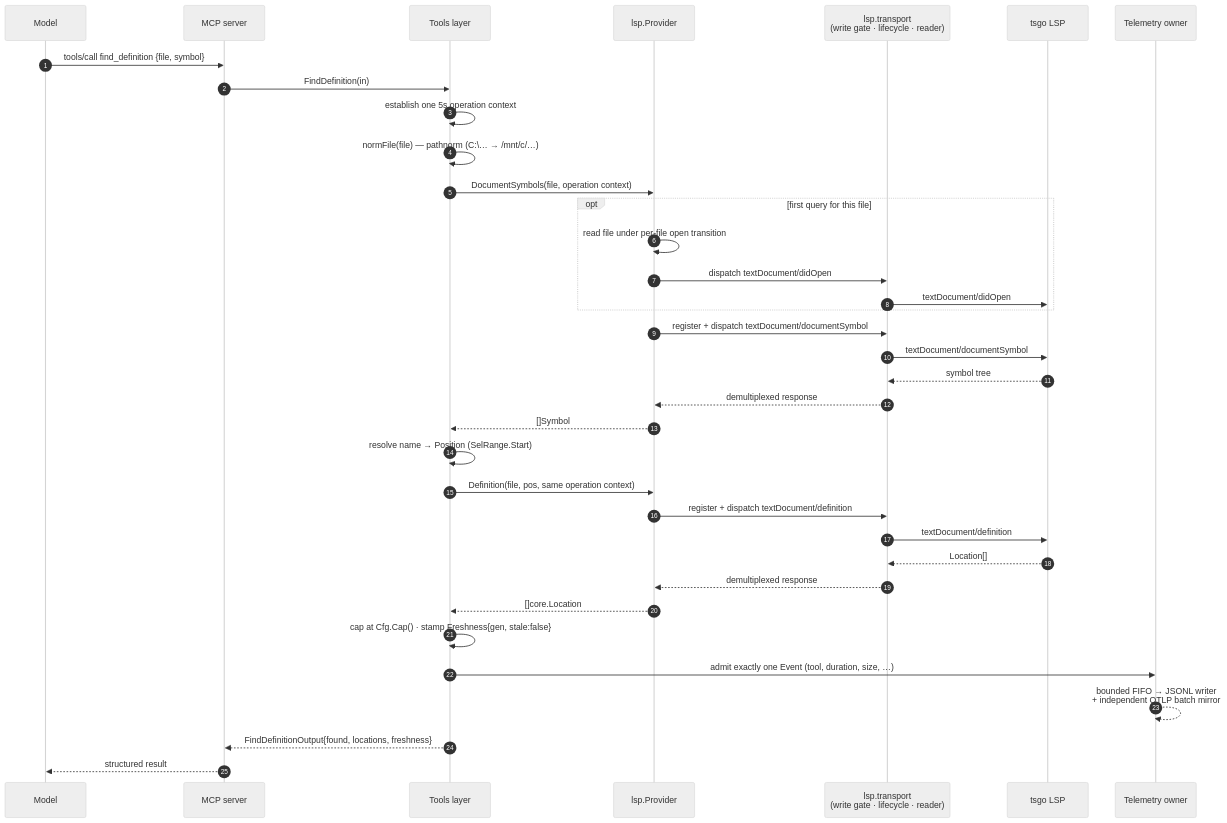
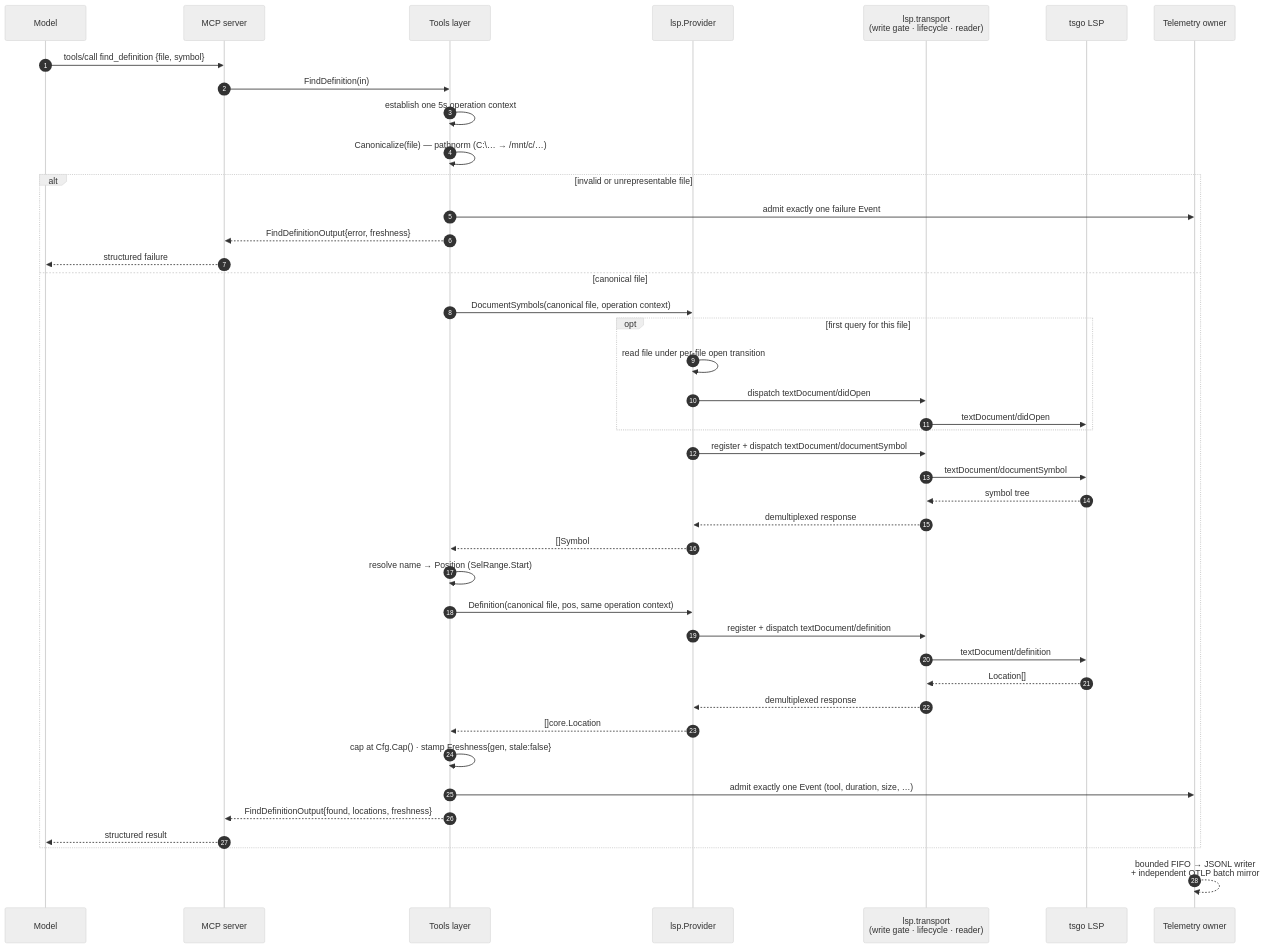
One commit to skflowne/portolan changed the second of 6 diagrams in ARCHITECTURE.md. Above: the diagram before and after it, drawn with Mermaid (neutral theme).

Commit message:
Document strict tool path validation flow

````diff
--- a/ARCHITECTURE.md
+++ b/ARCHITECTURE.md
@@ -96,39 +96,45 @@
 ```mermaid
 sequenceDiagram
     autonumber
     participant M as Model
     participant S as MCP server
     participant T as Tools layer
     participant P as lsp.Provider
     participant R as lsp.transport<br/>(write gate · lifecycle · reader)
     participant G as tsgo LSP
     participant L as Telemetry owner
 
     M->>S: tools/call find_definition {file, symbol}
     S->>T: FindDefinition(in)
     T->>T: establish one 5s operation context
-    T->>T: normFile(file) — pathnorm (C:\… → /mnt/c/…)
-    T->>P: DocumentSymbols(file, operation context)
-    opt first query for this file
-        P->>P: read file under per-file open transition
-        P->>R: dispatch textDocument/didOpen
-        R->>G: textDocument/didOpen
+    T->>T: Canonicalize(file) — pathnorm (C:\… → /mnt/c/…)
+    alt invalid or unrepresentable file
+        T->>L: admit exactly one failure Event
+        T-->>S: FindDefinitionOutput{error, freshness}
+        S-->>M: structured failure
+    else canonical file
+        T->>P: DocumentSymbols(canonical file, operation context)
+        opt first query for this file
+            P->>P: read file under per-file open transition
+            P->>R: dispatch textDocument/didOpen
+            R->>G: textDocument/didOpen
+        end
+        P->>R: register + dispatch textDocument/documentSymbol
+        R->>G: textDocument/documentSymbol
+        G-->>R: symbol tree
+        R-->>P: demultiplexed response
+        P-->>T: []Symbol
+        T->>T: resolve name → Position (SelRange.Start)
+        T->>P: Definition(canonical file, pos, same operation context)
+        P->>R: register + dispatch textDocument/definition
+        R->>G: textDocument/definition
+        G-->>R: Location[]
+        R-->>P: demultiplexed response
+        P-->>T: []core.Location
+        T->>T: cap at Cfg.Cap() · stamp Freshness{gen, stale:false}
+        T->>L: admit exactly one Event (tool, duration, size, …)
+        T-->>S: FindDefinitionOutput{found, locations, freshness}
+        S-->>M: structured result
     end
-    P->>R: register + dispatch textDocument/documentSymbol
-    R->>G: textDocument/documentSymbol
-    G-->>R: symbol tree
-    R-->>P: demultiplexed response
-    P-->>T: []Symbol
-    T->>T: resolve name → Position (SelRange.Start)
-    T->>P: Definition(file, pos, same operation context)
-    P->>R: register + dispatch textDocument/definition
-    R->>G: textDocument/definition
-    G-->>R: Location[]
-    R-->>P: demultiplexed response
-    P-->>T: []core.Location
-    T->>T: cap at Cfg.Cap() · stamp Freshness{gen, stale:false}
-    T->>L: admit exactly one Event (tool, duration, size, …)
     L-->>L: bounded FIFO → JSONL writer<br/>+ independent OTLP batch mirror
-    T-->>S: FindDefinitionOutput{found, locations, freshness}
-    S-->>M: structured result
 ```
````
